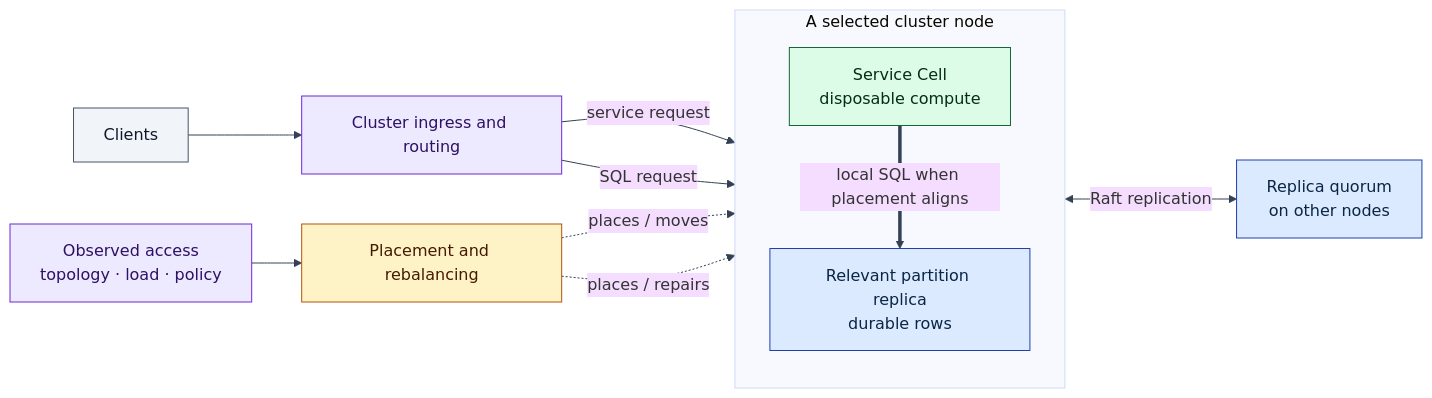
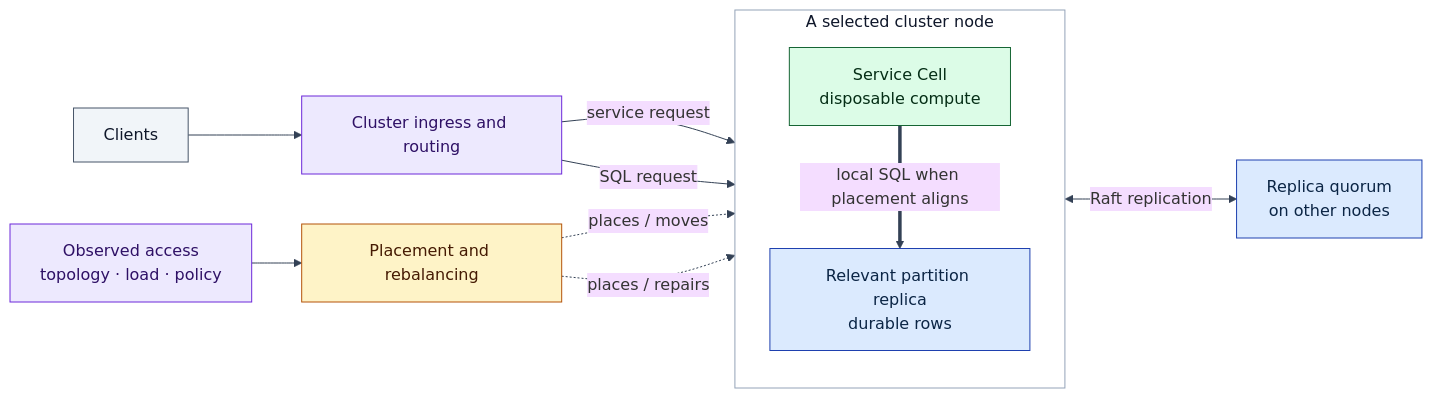
One commit to psvensson/lagrange changed the diagram in architecture/INDEX.md. Above: the diagram before and after it, drawn with Mermaid.

Commit message:
Force white Mermaid backgrounds

````diff
--- a/architecture/INDEX.md
+++ b/architecture/INDEX.md
@@ -20,26 +20,27 @@
 ```mermaid
-%%{init: {'theme':'base','themeVariables':{'background':'#ffffff','lineColor':'#334155','textColor':'#0f172a'}}}%%
+%%{init: {'theme':'base','darkMode':false,'themeCSS':'svg { background-color: #ffffff !important; }','themeVariables':{'background':'#ffffff','lineColor':'#334155','textColor':'#0f172a'}}}%%
 flowchart LR
   CLIENT["Clients"]:::ext --> ROUTE["Cluster ingress and routing"]:::move
 
   subgraph NODE["A selected cluster node"]
     direction TB
     CELL["Service Cell<br/>disposable compute"]:::svc
     REPLICA["Relevant partition replica<br/>durable rows"]:::data
     CELL ==>|"local SQL when placement aligns"| REPLICA
   end
 
   ROUTE -->|"service request"| CELL
   ROUTE -->|"SQL request"| REPLICA
   REPLICA <-->|"Raft replication"| PEERS["Replica quorum<br/>on other nodes"]:::data
 
   EVIDENCE["Observed access<br/>topology · load · policy"]:::move --> PLACE["Placement and rebalancing"]:::ctrl
   PLACE -. "places / moves" .-> CELL
   PLACE -. "places / repairs" .-> REPLICA
 
+  style NODE fill:#ffffff,stroke:#94a3b8,color:#0f172a
   classDef data fill:#dbeafe,stroke:#1e40af,color:#0b2545
   classDef svc fill:#dcfce7,stroke:#166534,color:#052e16
   classDef ctrl fill:#fef3c7,stroke:#b45309,color:#451a03
   classDef move fill:#ede9fe,stroke:#6d28d9,color:#2e1065
   classDef ext fill:#f1f5f9,stroke:#475569,color:#0f172a
 ```
````
